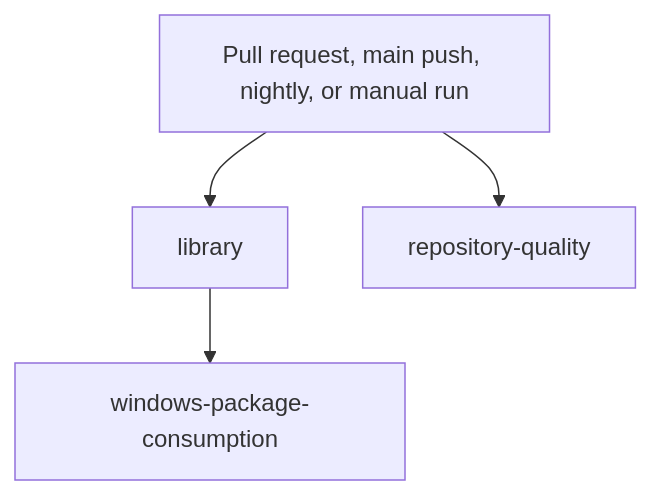
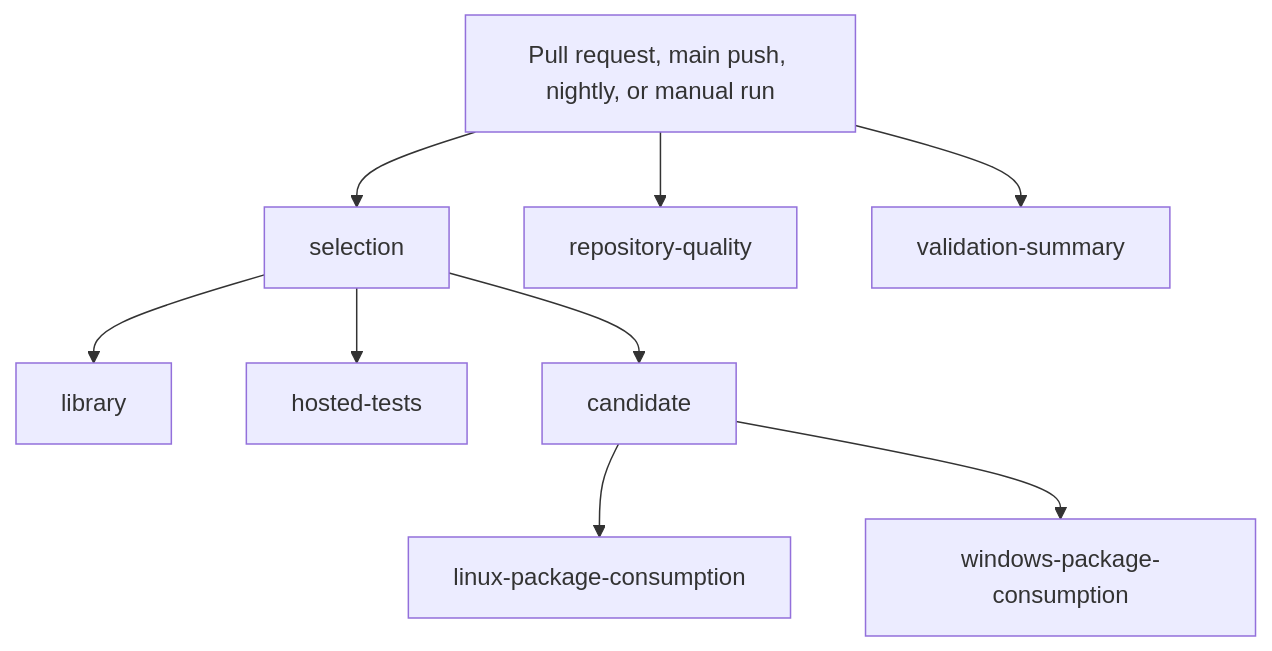
The second of 2 diagrams in docs/architecture/README.md (danigutsch/PandaBear.SharedKernel), drawn with Mermaid before and after one commit. The commit also changed 4 other files, not shown here.

Commit message:
ci: parallelize library tests and immutable package consumption

````diff
--- a/docs/architecture/README.md
+++ b/docs/architecture/README.md
@@ -61,10 +61,20 @@
 ```mermaid
 flowchart TB
     trigger[Pull request, main push, nightly, or manual run]
+    selection[selection]
     library[library]
+    hosted_tests[hosted-tests]
+    candidate[candidate]
+    linux_package_consumption[linux-package-consumption]
     windows_package_consumption[windows-package-consumption]
     repository_quality[repository-quality]
-    trigger --> library
-    library --> windows_package_consumption
+    validation_summary[validation-summary]
+    trigger --> selection
+    selection --> library
+    selection --> hosted_tests
+    selection --> candidate
+    candidate --> linux_package_consumption
+    candidate --> windows_package_consumption
     trigger --> repository_quality
+    trigger --> validation_summary
 ```
````
